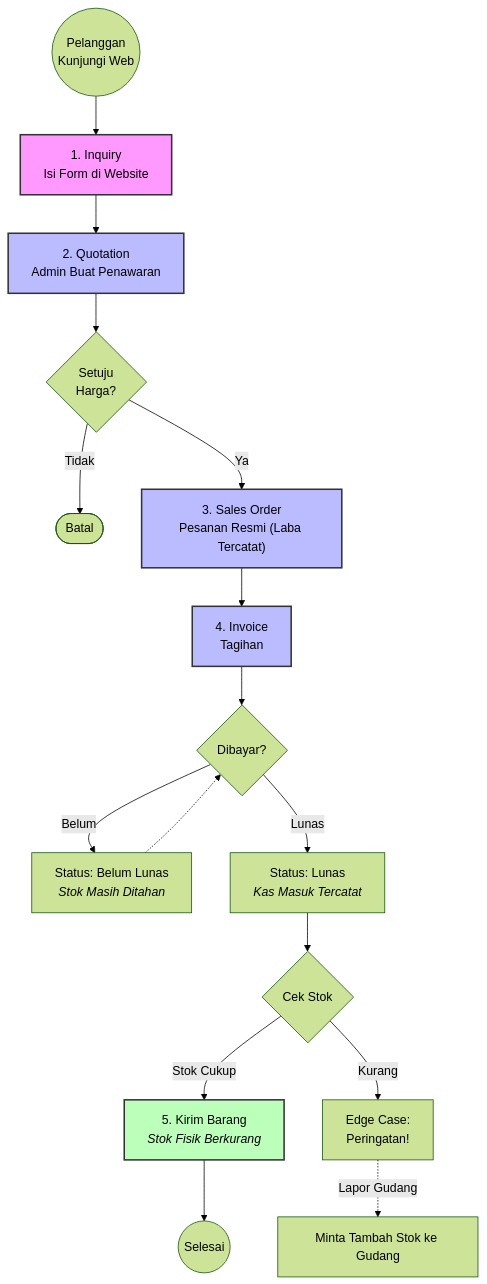
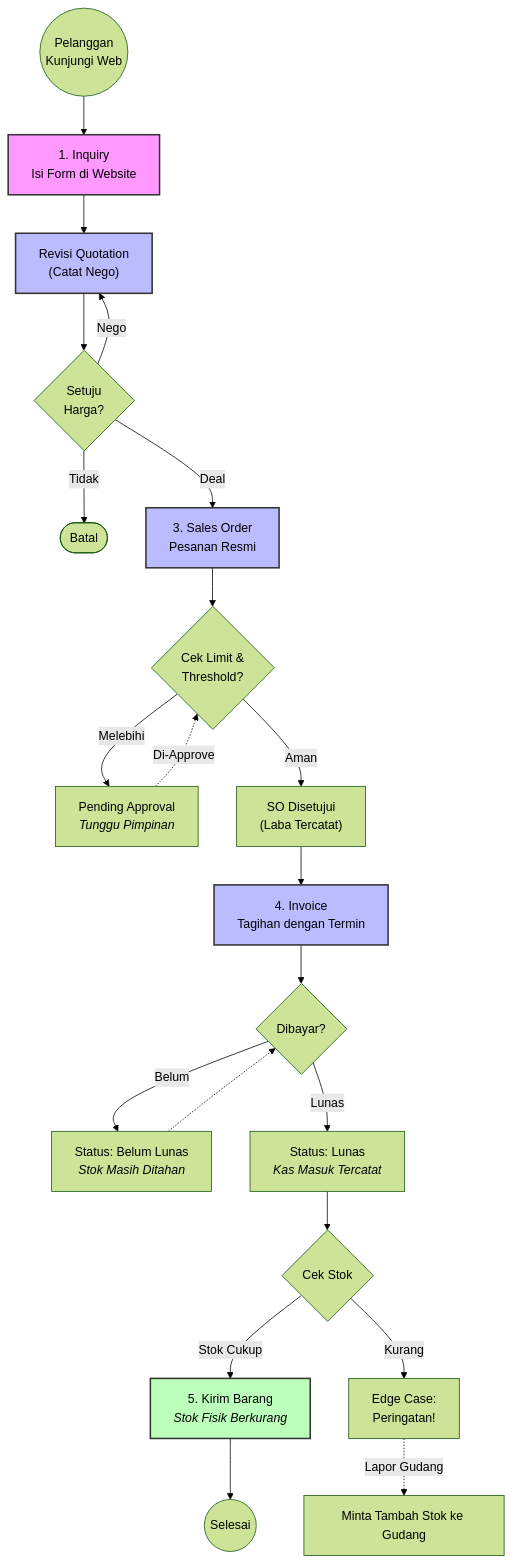
Before and after one commit to Vall-Here/LARAVEL-WEB_CV-Fullstack-Frontend-Backend-Web-App: the diagram in flowchart/1-Alur-Penjualan.md, drawn with Mermaid (forest theme). The commit also changed other lines of this file and 3 other files, not shown here.

Commit message:
docs: add system guides and flowcharts for sales, financial sharing, and document management

````diff
--- a/flowchart/1-Alur-Penjualan.md
+++ b/flowchart/1-Alur-Penjualan.md
@@ -35,35 +35,41 @@
 ```mermaid
 graph TD
     %% Node Definitions
     START(("Pelanggan<br>Kunjungi Web")) --> INQ["1. Inquiry<br>Isi Form di Website"]
 
     INQ --> Q["2. Quotation<br>Admin Buat Penawaran"]
 
     Q --> Q_DEC{"Setuju<br>Harga?"}
+    Q_DEC -->|Nego| Q["Revisi Quotation<br>(Catat Nego)"]
     Q_DEC -->|Tidak| Q_FAIL([Batal])
 
-    Q_DEC -->|Ya| SO["3. Sales Order<br>Pesanan Resmi (Laba Tercatat)"]
+    Q_DEC -->|Deal| SO["3. Sales Order<br>Pesanan Resmi"]
+    
+    SO --> LIMIT_DEC{"Cek Limit &<br>Threshold?"}
+    LIMIT_DEC -->|Melebihi| PEND_SO["Pending Approval<br><i>Tunggu Pimpinan</i>"]
+    PEND_SO -.->|Di-Approve| LIMIT_DEC
+    LIMIT_DEC -->|Aman| APV_SO["SO Disetujui<br>(Laba Tercatat)"]
 
-    SO --> INV["4. Invoice<br>Tagihan"]
+    APV_SO --> INV["4. Invoice<br>Tagihan dengan Termin"]
 
     INV --> PAY_DEC{"Dibayar?"}
     PAY_DEC -->|Belum| INV_WAIT["Status: Belum Lunas<br><i>Stok Masih Ditahan</i>"]
     INV_WAIT -.-> PAY_DEC
 
     PAY_DEC -->|Lunas| INV_DONE["Status: Lunas<br><i>Kas Masuk Tercatat</i>"]
 
     INV_DONE --> STOCK_DEC{"Cek Stok"}
     STOCK_DEC -->|Stok Cukup| DELIVERY["5. Kirim Barang<br><i>Stok Fisik Berkurang</i>"]
     STOCK_DEC -->|Kurang| EDGE_CASE_STOCK["Edge Case:<br>Peringatan!"]
 
     EDGE_CASE_STOCK -.->|Lapor Gudang| PROCUREMENT["Minta Tambah Stok ke Gudang"]
 
     DELIVERY --> END(("Selesai"))
 
     %% Styling
     style INQ fill:#f9f,stroke:#333,stroke-width:2px
     style Q fill:#bbf,stroke:#333,stroke-width:2px
     style SO fill:#bbf,stroke:#333,stroke-width:2px
     style INV fill:#bbf,stroke:#333,stroke-width:2px
     style DELIVERY fill:#bfb,stroke:#333,stroke-width:2px
 ```
````
